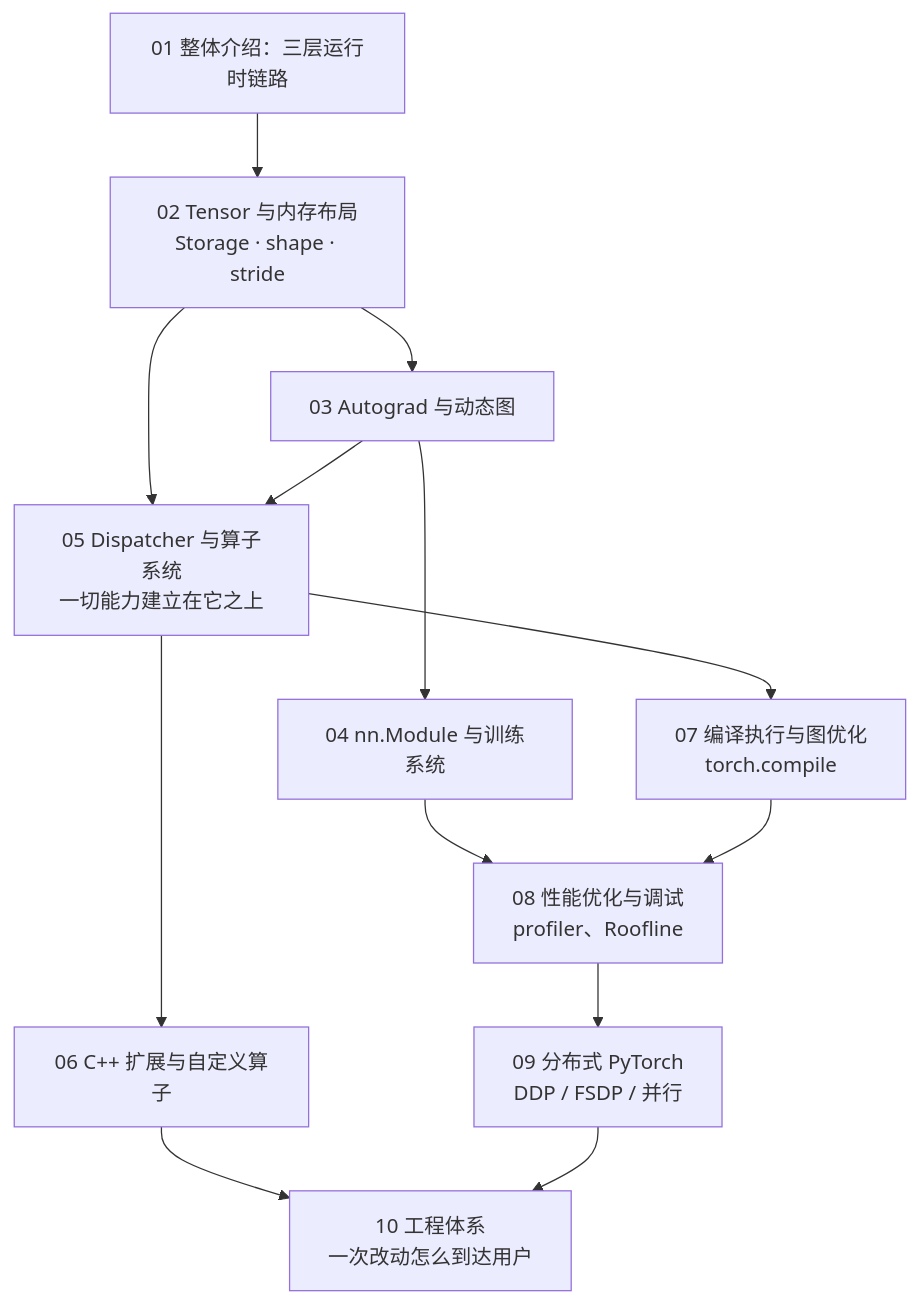
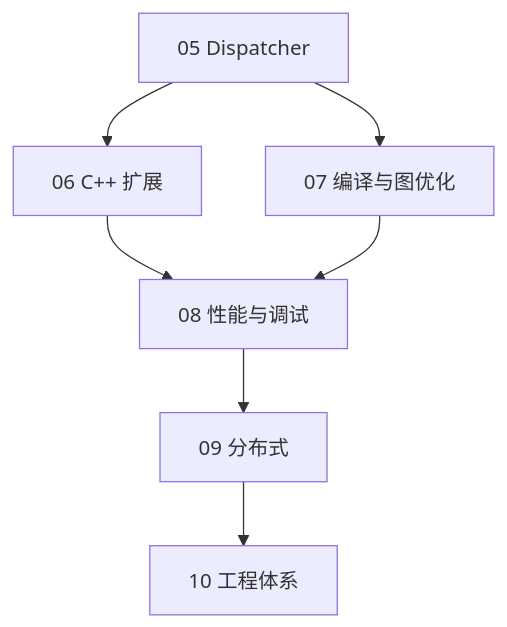
Before and after one commit to arganzheng/arganzheng.github.com: the second of 9 diagrams in slides/2026-02-26-deep-dive-into-pytorch.md, drawn with Mermaid. The commit also changed other lines of this file, not shown here.

Commit message:
slides(2026-02-26-deep-dive-into-pytorch): 图内文字 ≥14px——标签缩短/拆分/Unicode 数学

````diff
--- a/slides/2026-02-26-deep-dive-into-pytorch.md
+++ b/slides/2026-02-26-deep-dive-into-pytorch.md
@@ -34,14 +44,6 @@
 ```mermaid
 %%{init: {"flowchart": {"wrappingWidth": 170}}}%%
 flowchart TB
-    P1["01 整体介绍：三层运行时链路"] --> T2["02 Tensor 与内存布局<br/>Storage · shape · stride"]
-    T2 --> A3["03 Autograd 与动态图"]
-    A3 --> M4["04 nn.Module 与训练系统"]
-    T2 --> D5["05 Dispatcher 与算子系统<br/>一切能力建立在它之上"]
-    A3 --> D5
-    D5 --> X6["06 C++ 扩展与自定义算子"]
-    D5 --> C7["07 编译执行与图优化<br/>torch.compile"]
-    M4 & C7 --> P8["08 性能优化与调试<br/>profiler、Roofline"]
-    P8 --> D9["09 分布式 PyTorch<br/>DDP / FSDP / 并行"]
-    X6 & D9 --> E10["10 工程体系<br/>一次改动怎么到达用户"]
+    D5["05 Dispatcher"] --> X6["06 C++ 扩展"] & C7["07 编译与图优化"]
+    X6 & C7 --> P8["08 性能与调试"] --> D9["09 分布式"] --> E10["10 工程体系"]
 ```
````
